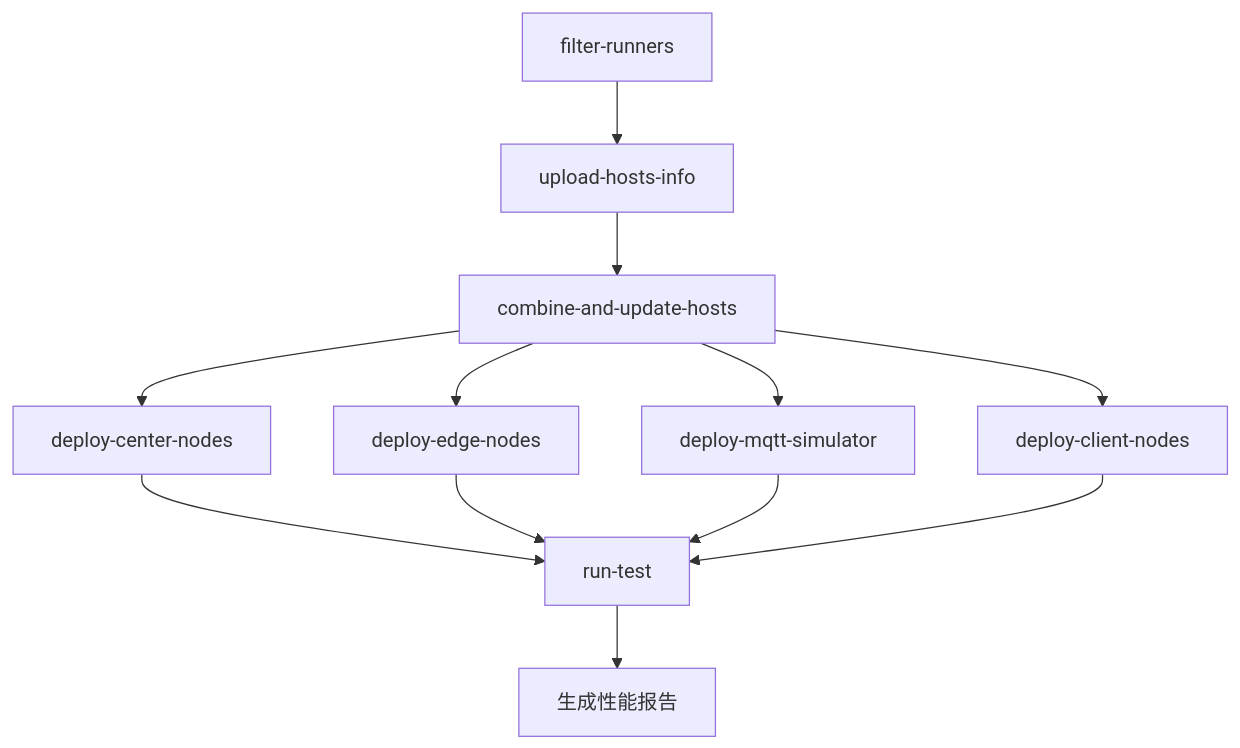
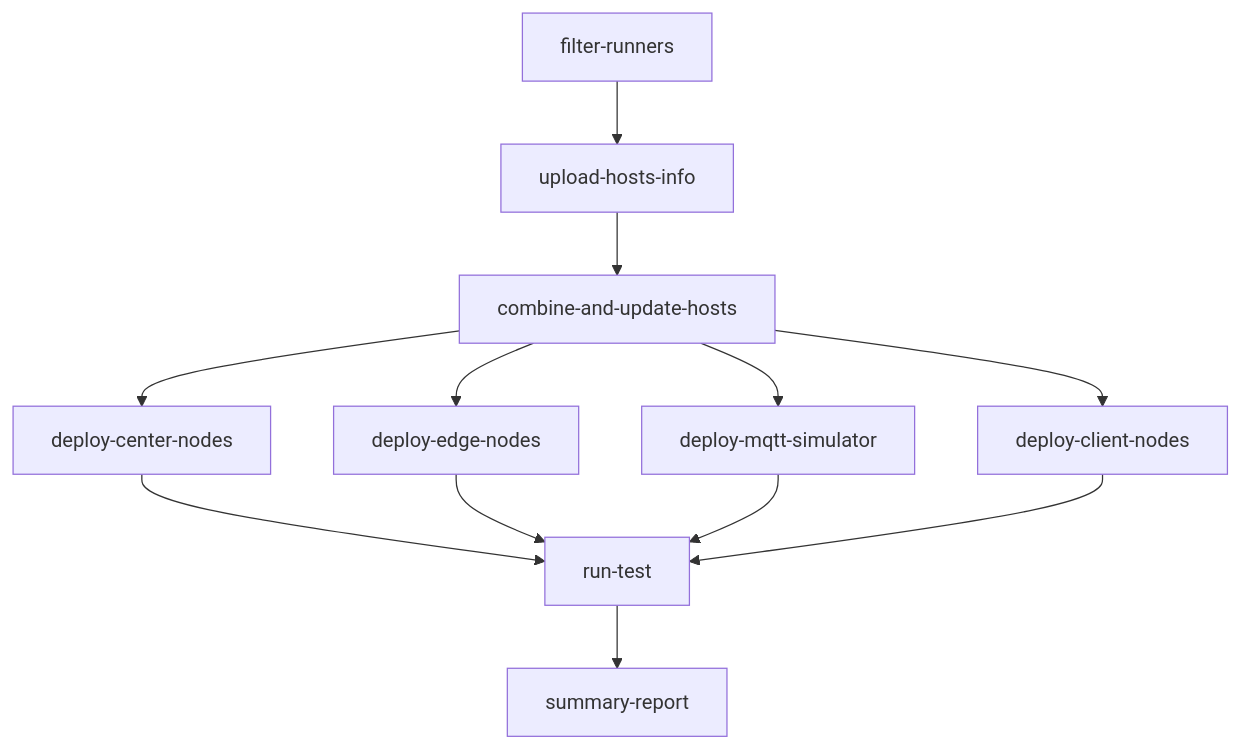
One commit to taosdata/ems changed the first of 2 diagrams in README.md. Above: the diagram before and after it, drawn with Mermaid. The commit also changed other lines of this file and 1 other file, not shown here.

````diff
--- a/README.md
+++ b/README.md
@@ -38,11 +42,11 @@
 ```mermaid
 graph TD
     A[filter-runners] --> B[upload-hosts-info]
     B --> C[combine-and-update-hosts]
     C --> D[deploy-center-nodes]
     C --> E[deploy-edge-nodes]
     C --> F[deploy-mqtt-simulator]
     C --> G[deploy-client-nodes]
     D & E & F & G --> H[run-test]
-    H --> I[生成性能报告]
+    H --> I[summary-report]
 ```
````
